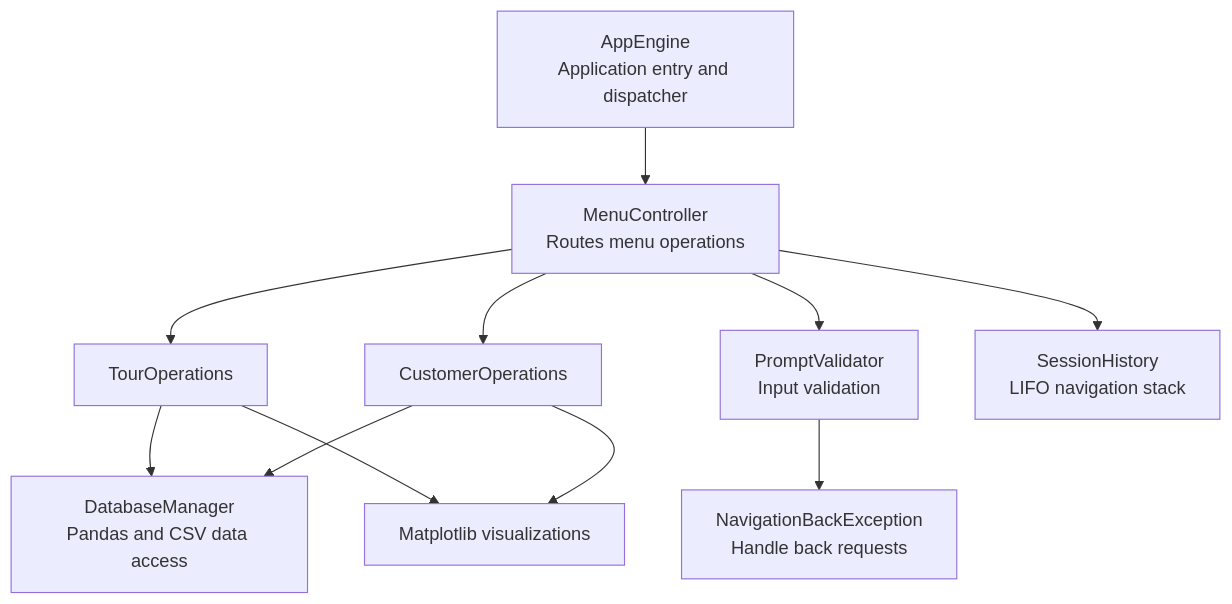
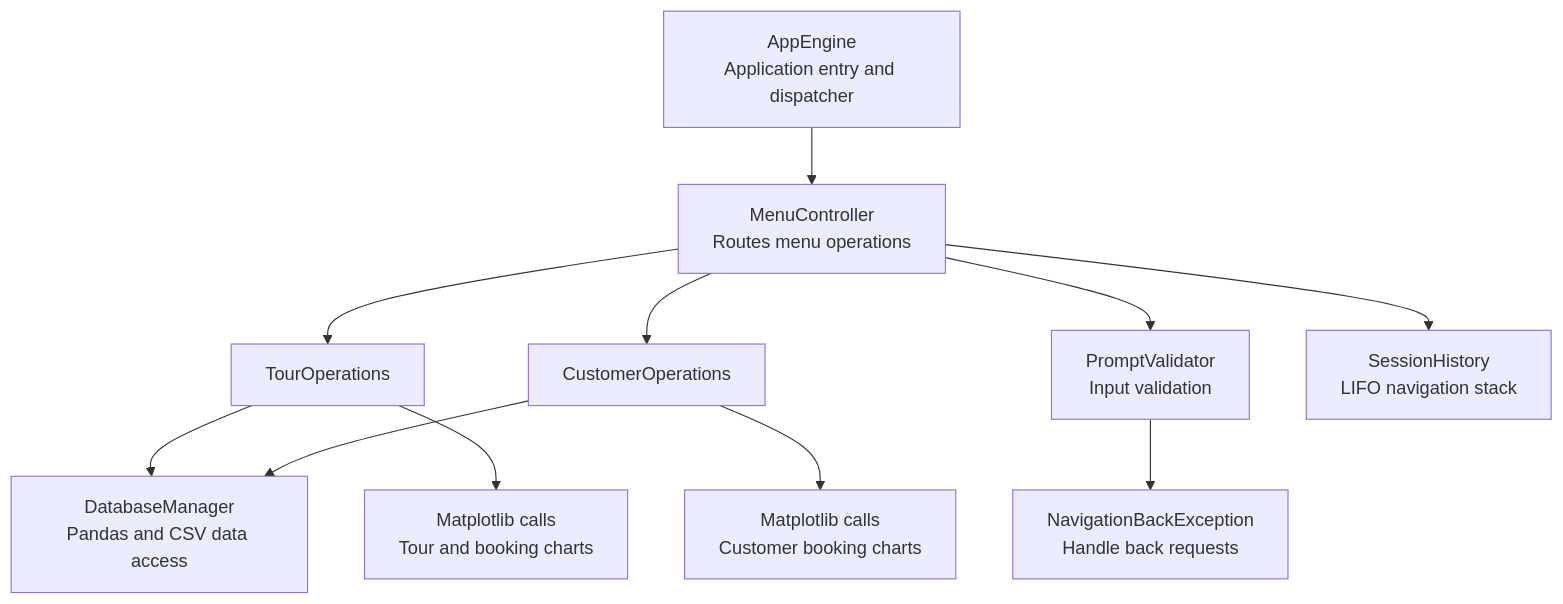
Before and after one commit to shivangichaudhary-cse/Tourism-and-travel-management-system: the diagram in README.md, drawn with Mermaid. The commit also changed other lines of this file, not shown here.

Commit message:
Expand README with project overview, source-verified architecture and data handling, and conclusion

````diff
--- a/README.md
+++ b/README.md
@@ -33,16 +42,17 @@
 ```mermaid
 flowchart TD
     App[AppEngine<br/>Application entry and dispatcher]
     App --> Menu[MenuController<br/>Routes menu operations]
     Menu --> Tour[TourOperations]
     Menu --> Customer[CustomerOperations]
 
     Tour --> Data[DatabaseManager<br/>Pandas and CSV data access]
     Customer --> Data
-    Tour --> Charts[Matplotlib visualizations]
-    Customer --> Charts
+
+    Tour --> TourViz[Matplotlib calls<br/>Tour and booking charts]
+    Customer --> CustomerViz[Matplotlib calls<br/>Customer booking charts]
 
     Menu --> Validator[PromptValidator<br/>Input validation]
     Validator --> Back[NavigationBackException<br/>Handle back requests]
     Menu --> History[SessionHistory<br/>LIFO navigation stack]
 ```
````
